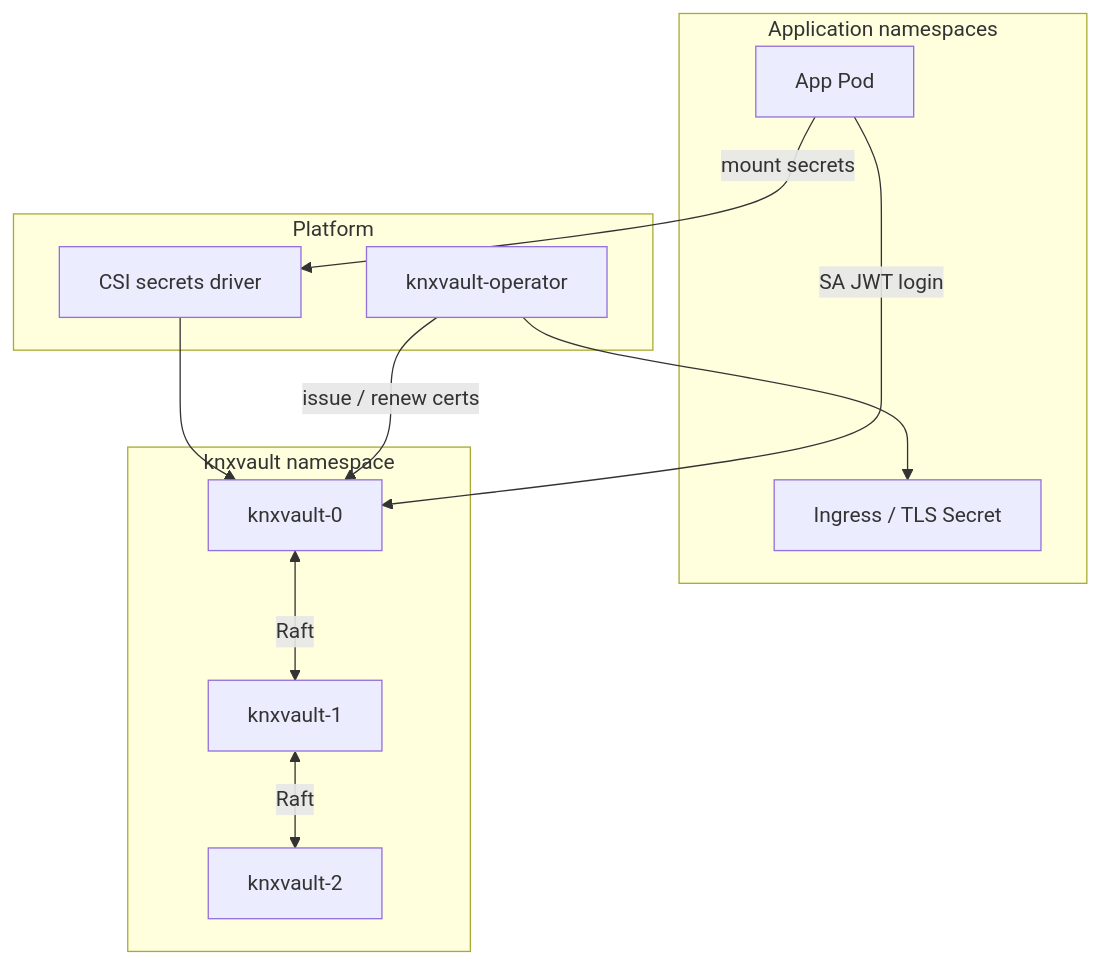
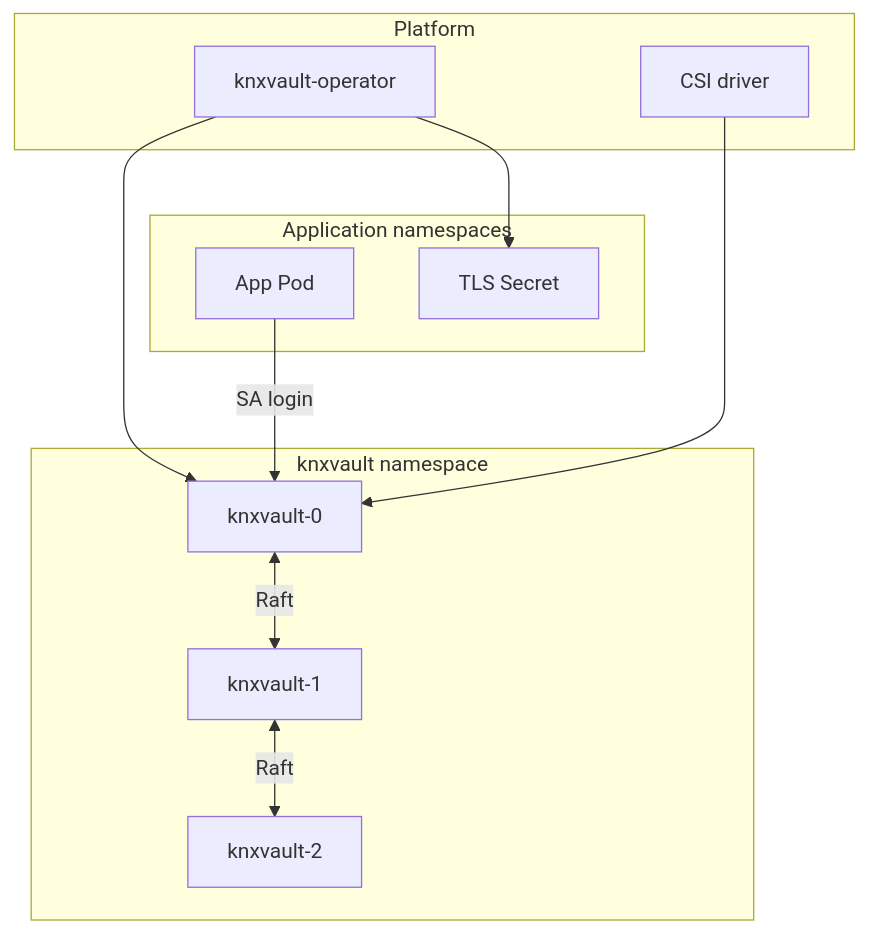
The first of 3 diagrams in docs/operations/operator-runbook.md (kubenexis/knxvault), drawn with Mermaid before and after one commit. The commit also changed other lines of this file, not shown here.

````diff
--- a/docs/operations/operator-runbook.md
+++ b/docs/operations/operator-runbook.md
@@ -101,23 +82,22 @@
 ```mermaid
 flowchart TB
   subgraph apps [Application namespaces]
     Pod[App Pod]
-    Ing[Ingress / TLS Secret]
+    TLS[TLS Secret]
   end
   subgraph platform [Platform]
     Op[knxvault-operator]
-    CSI[CSI secrets driver]
+    CSI[CSI driver]
   end
-  subgraph kv [knxvault namespace]
+  subgraph ns [knxvault namespace]
     S0[knxvault-0]
     S1[knxvault-1]
     S2[knxvault-2]
     S0 <-->|Raft| S1
     S1 <-->|Raft| S2
   end
-  Pod -->|SA JWT login| S0
-  Pod -->|mount secrets| CSI
+  Pod -->|SA login| S0
   CSI --> S0
-  Op -->|issue / renew certs| S0
-  Op --> Ing
+  Op --> S0
+  Op --> TLS
 ```
````
